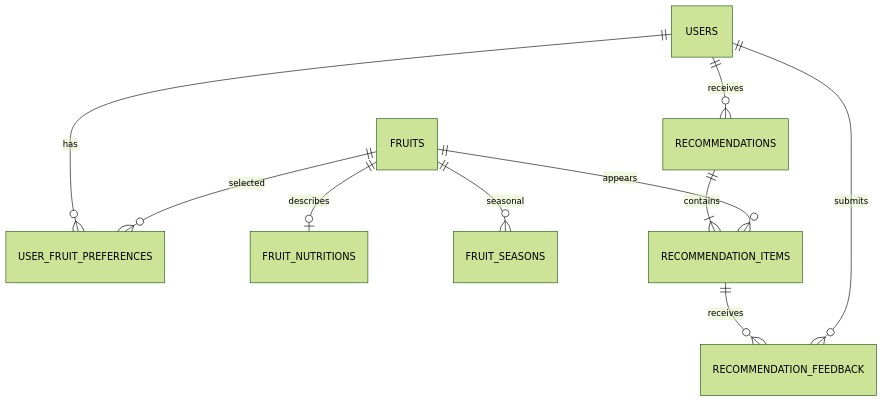
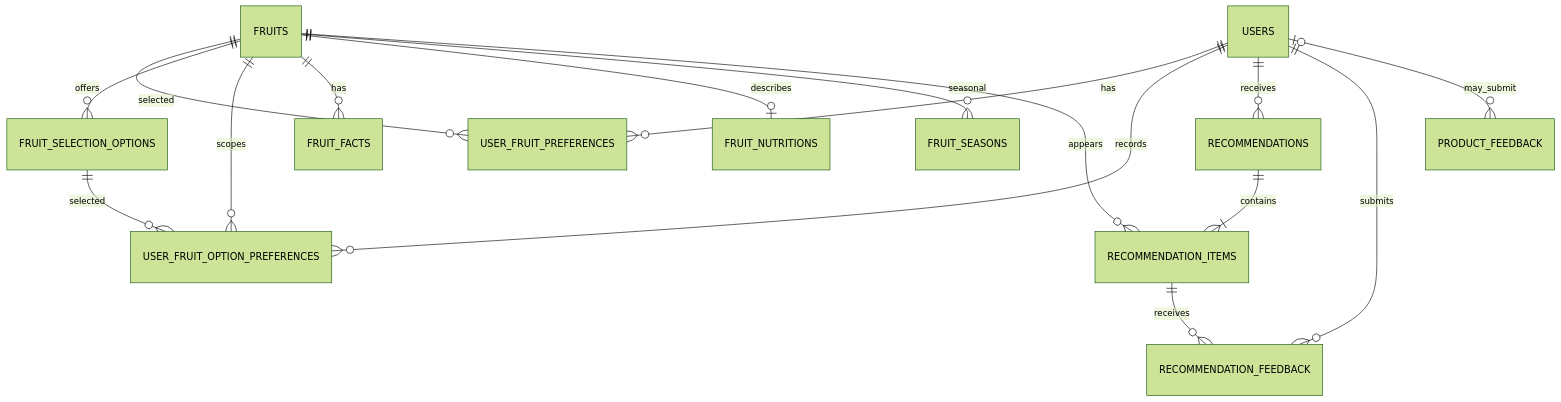
Before and after one commit to dreamqwq114-del/daily-fruit: the diagram in docs/backend-course/02-database-model.md, drawn with Mermaid (forest theme). The commit also changed other lines of this file and 54 other files, not shown here.

````diff
--- a/docs/backend-course/02-database-model.md
+++ b/docs/backend-course/02-database-model.md
@@ -23,12 +25,18 @@
 ```mermaid
 erDiagram
     USERS ||--o{ USER_FRUIT_PREFERENCES : has
     FRUITS ||--o{ USER_FRUIT_PREFERENCES : selected
+    USERS ||--o{ USER_FRUIT_OPTION_PREFERENCES : records
+    FRUITS ||--o{ FRUIT_SELECTION_OPTIONS : offers
+    FRUITS ||--o{ USER_FRUIT_OPTION_PREFERENCES : scopes
+    FRUIT_SELECTION_OPTIONS ||--o{ USER_FRUIT_OPTION_PREFERENCES : selected
+    FRUITS ||--o{ FRUIT_FACTS : has
     FRUITS ||--o| FRUIT_NUTRITIONS : describes
     FRUITS ||--o{ FRUIT_SEASONS : seasonal
     USERS ||--o{ RECOMMENDATIONS : receives
     RECOMMENDATIONS ||--|{ RECOMMENDATION_ITEMS : contains
     FRUITS ||--o{ RECOMMENDATION_ITEMS : appears
     RECOMMENDATION_ITEMS ||--o{ RECOMMENDATION_FEEDBACK : receives
     USERS ||--o{ RECOMMENDATION_FEEDBACK : submits
+    USERS o|--o{ PRODUCT_FEEDBACK : may_submit
 ```
````
